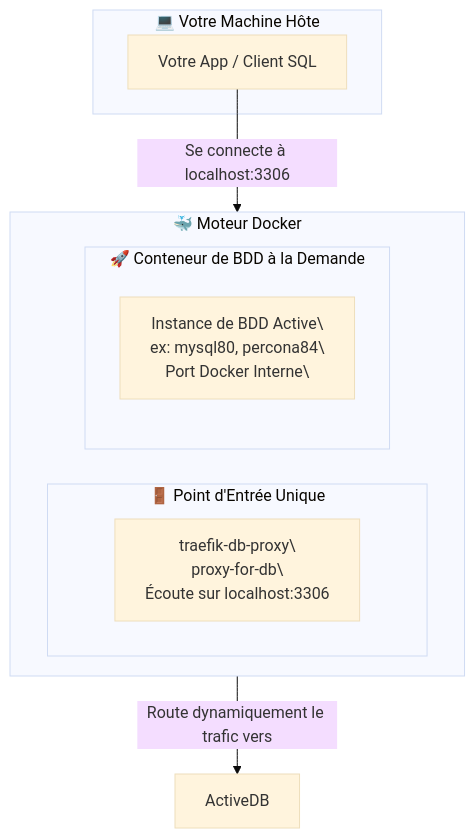
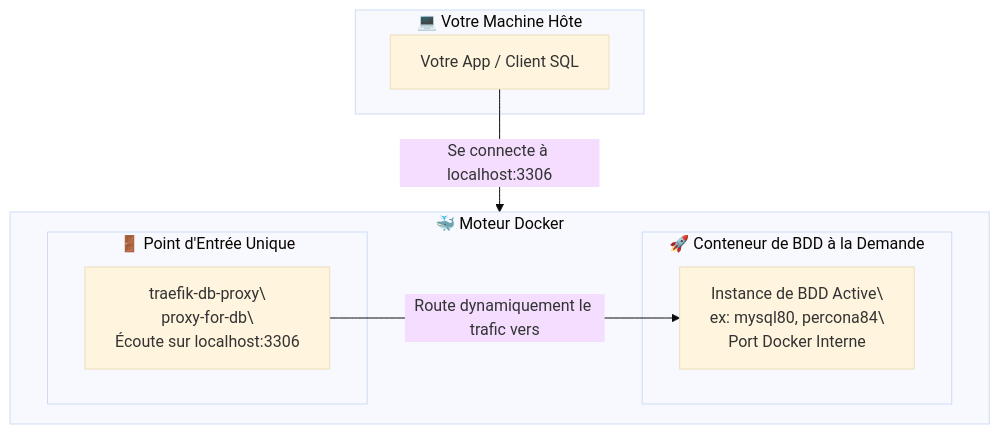
Before and after one commit to jmrenouard/dbscripts: the second of 2 diagrams in docker/multiple_mysql/README.fr.md, drawn with Mermaid (base theme).

Commit message:
Fix formatting in README.fr.md for ActiveDB instance description

````diff
--- a/docker/multiple_mysql/README.fr.md
+++ b/docker/multiple_mysql/README.fr.md
@@ -111,19 +111,19 @@
 ```mermaid
 graph TD  
     subgraph "💻 Votre Machine Hôte"
         App[Votre App / Client SQL]
     end
 
     subgraph "🐳 Moteur Docker"  
         direction LR  
         subgraph "🚪 Point d'Entrée Unique"  
             Traefik[traefik-db-proxy\<br/\>proxy-for-db\<br/\>Écoute sur localhost:3306]  
         end  
         subgraph "🚀 Conteneur de BDD à la Demande"  
-            ActiveDB\["Instance de BDD Active\<br/\>ex: mysql80, percona84\<br/\>Port Docker Interne"\]  
+            ActiveDB["Instance de BDD Active\<br/\>ex: mysql80, percona84\<br/\>Port Docker Interne"]  
         end  
     end
 
     App -- "Se connecte à localhost:3306" --> Traefik  
     Traefik -- "Route dynamiquement le trafic vers" --> ActiveDB
 ```
````
